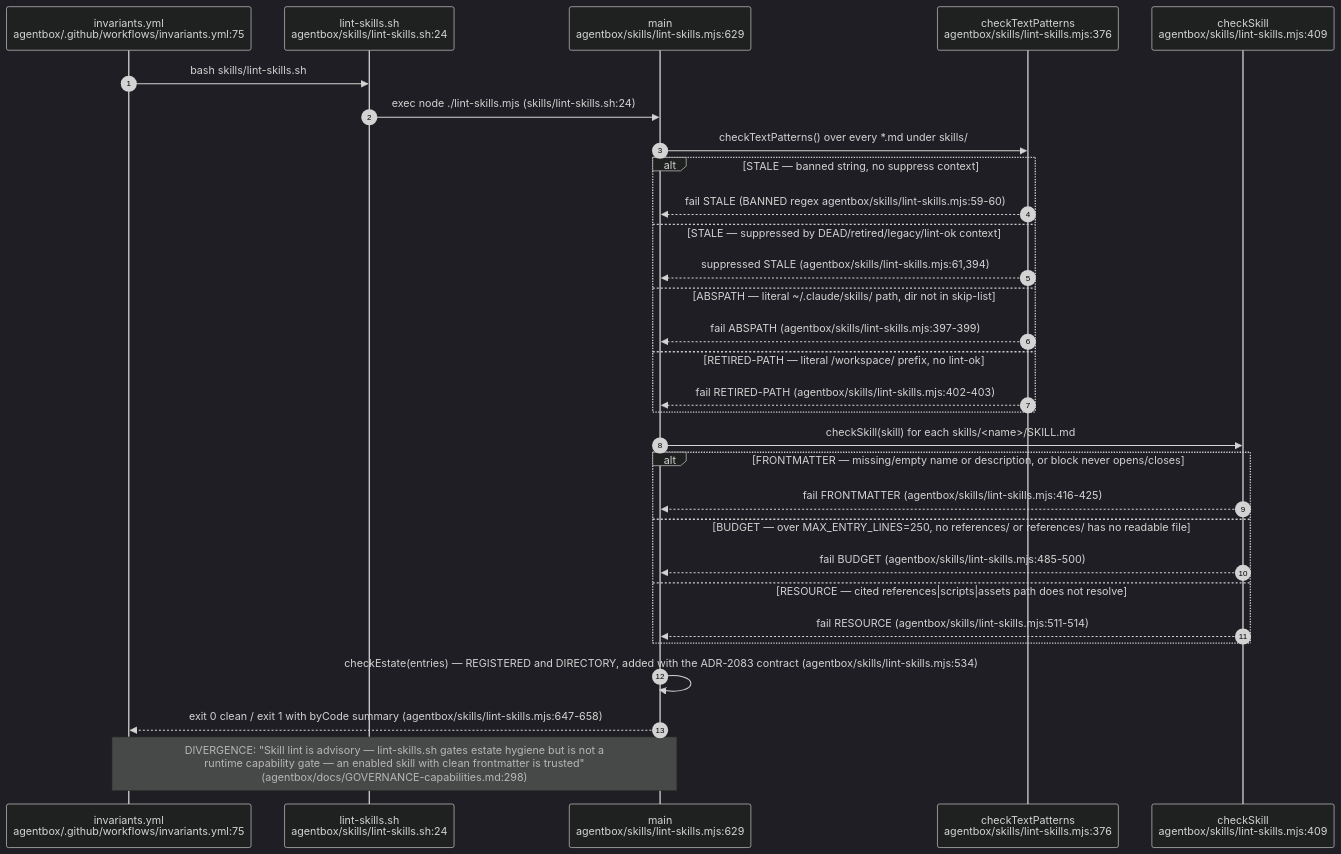
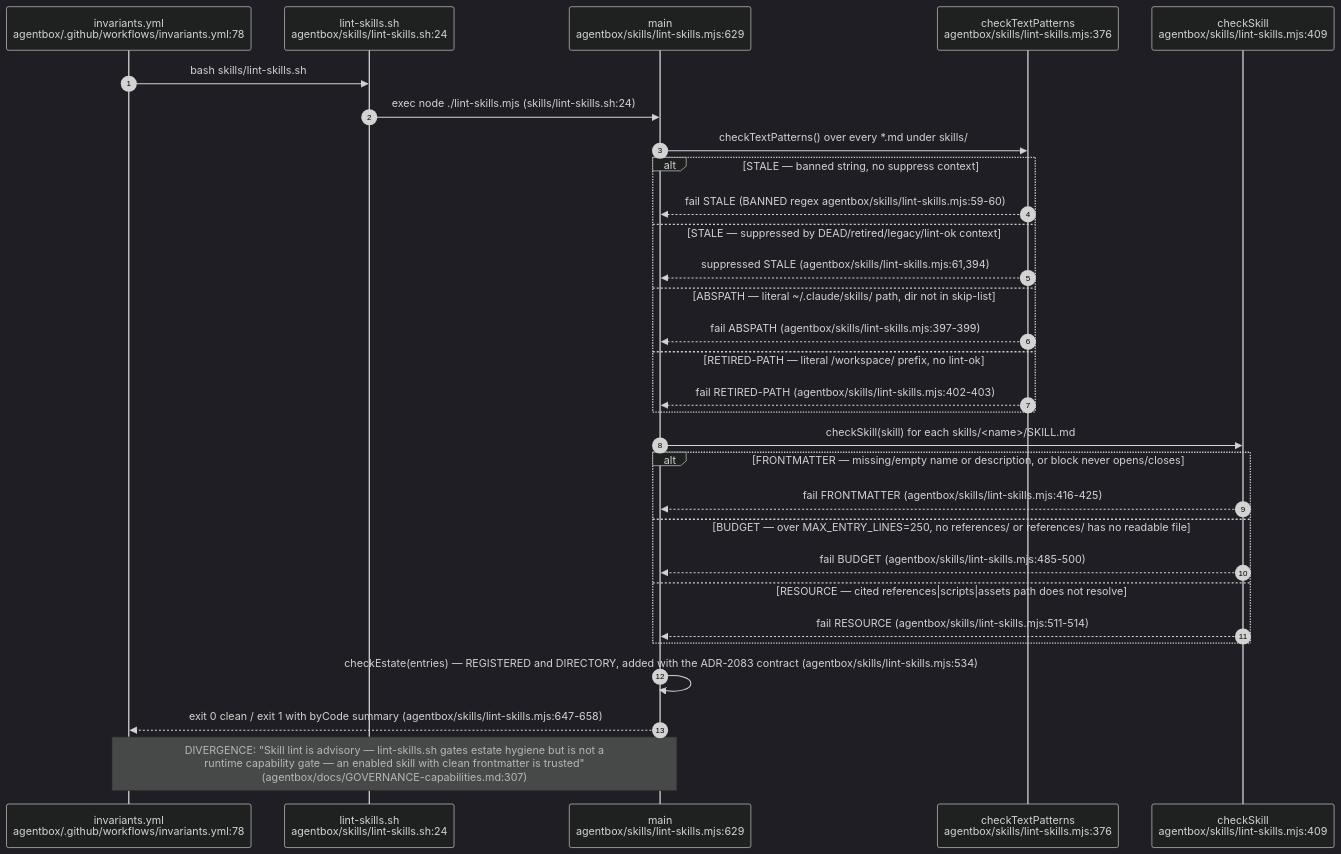
Before and after one commit to DreamLab-AI/VisionFlow: the third of 12 diagrams in docs/diagrams/agentbox/22-skills-and-routing.md, drawn with Mermaid (dark theme). The commit also changed other lines of this file and 94 other files, not shown here.

First line of the commit message:
docs(diagrams): re-verify 130 topics against 2 October HEADs

````diff
--- a/docs/diagrams/agentbox/22-skills-and-routing.md
+++ b/docs/diagrams/agentbox/22-skills-and-routing.md
@@ -146,33 +148,33 @@
 ```mermaid
 sequenceDiagram
     autonumber
-    participant CI as invariants.yml<br/>agentbox/.github/workflows/invariants.yml:75
+    participant CI as invariants.yml<br/>agentbox/.github/workflows/invariants.yml:78
     participant SH as lint-skills.sh<br/>agentbox/skills/lint-skills.sh:24
     participant MJS as main<br/>agentbox/skills/lint-skills.mjs:629
     participant TXT as checkTextPatterns<br/>agentbox/skills/lint-skills.mjs:376
     participant SKC as checkSkill<br/>agentbox/skills/lint-skills.mjs:409
 
     CI->>SH: bash skills/lint-skills.sh
     SH->>MJS: exec node ./lint-skills.mjs (skills/lint-skills.sh:24)
     MJS->>TXT: checkTextPatterns() over every *.md under skills/
     alt STALE — banned string, no suppress context
         TXT-->>MJS: fail STALE (BANNED regex agentbox/skills/lint-skills.mjs:59-60)
     else STALE — suppressed by DEAD/retired/legacy/lint-ok context
         TXT-->>MJS: suppressed STALE (agentbox/skills/lint-skills.mjs:61,394)
     else ABSPATH — literal ~/.claude/skills/ path, dir not in skip-list
         TXT-->>MJS: fail ABSPATH (agentbox/skills/lint-skills.mjs:397-399)
     else RETIRED-PATH — literal /workspace/ prefix, no lint-ok
         TXT-->>MJS: fail RETIRED-PATH (agentbox/skills/lint-skills.mjs:402-403)
     end
     MJS->>SKC: checkSkill(skill) for each skills/<name>/SKILL.md
     alt FRONTMATTER — missing/empty name or description, or block never opens/closes
         SKC-->>MJS: fail FRONTMATTER (agentbox/skills/lint-skills.mjs:416-425)
     else BUDGET — over MAX_ENTRY_LINES=250, no references/ or references/ has no readable file
         SKC-->>MJS: fail BUDGET (agentbox/skills/lint-skills.mjs:485-500)
     else RESOURCE — cited references|scripts|assets path does not resolve
         SKC-->>MJS: fail RESOURCE (agentbox/skills/lint-skills.mjs:511-514)
     end
     MJS->>MJS: checkEstate(entries) — REGISTERED and DIRECTORY, added with the ADR-2083 contract (agentbox/skills/lint-skills.mjs:534)
     MJS-->>CI: exit 0 clean / exit 1 with byCode summary (agentbox/skills/lint-skills.mjs:647-658)
-    Note over MJS,CI: DIVERGENCE: "Skill lint is advisory — lint-skills.sh gates estate hygiene but is not a<br/>runtime capability gate — an enabled skill with clean frontmatter is trusted"<br/>(agentbox/docs/GOVERNANCE-capabilities.md:298)
+    Note over MJS,CI: DIVERGENCE: "Skill lint is advisory — lint-skills.sh gates estate hygiene but is not a<br/>runtime capability gate — an enabled skill with clean frontmatter is trusted"<br/>(agentbox/docs/GOVERNANCE-capabilities.md:307)
 ```
````
